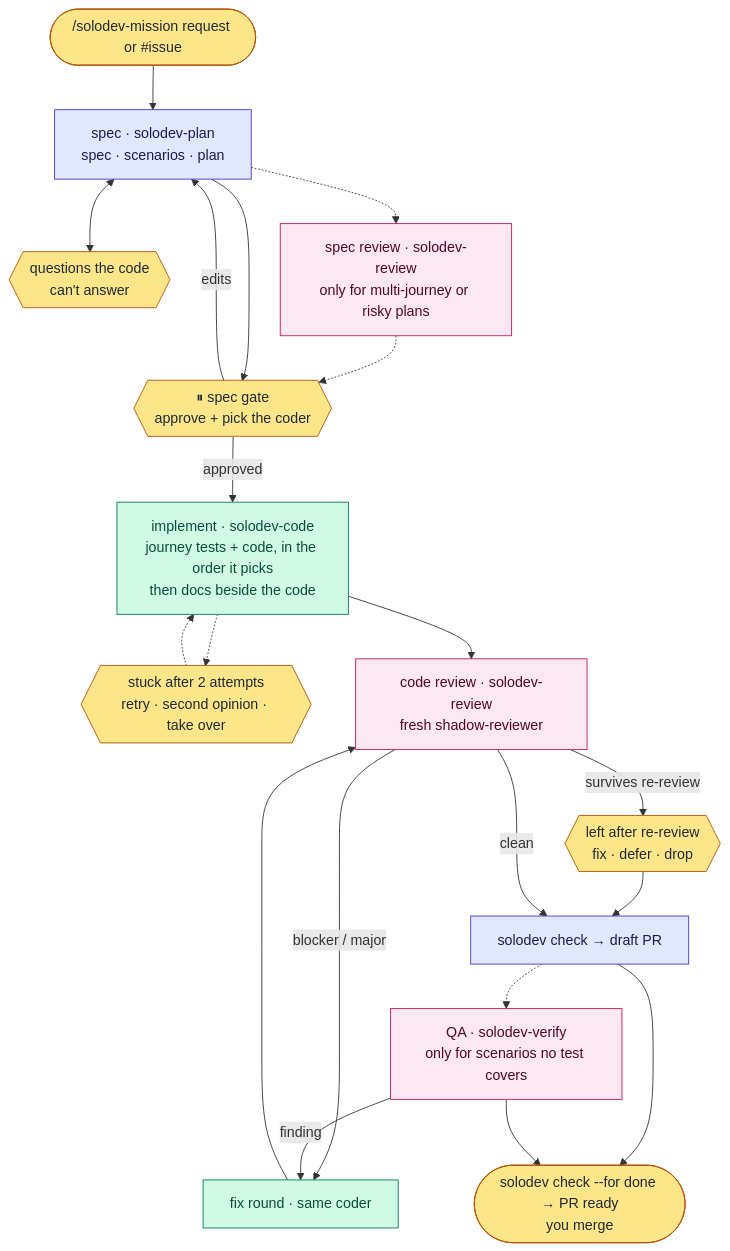
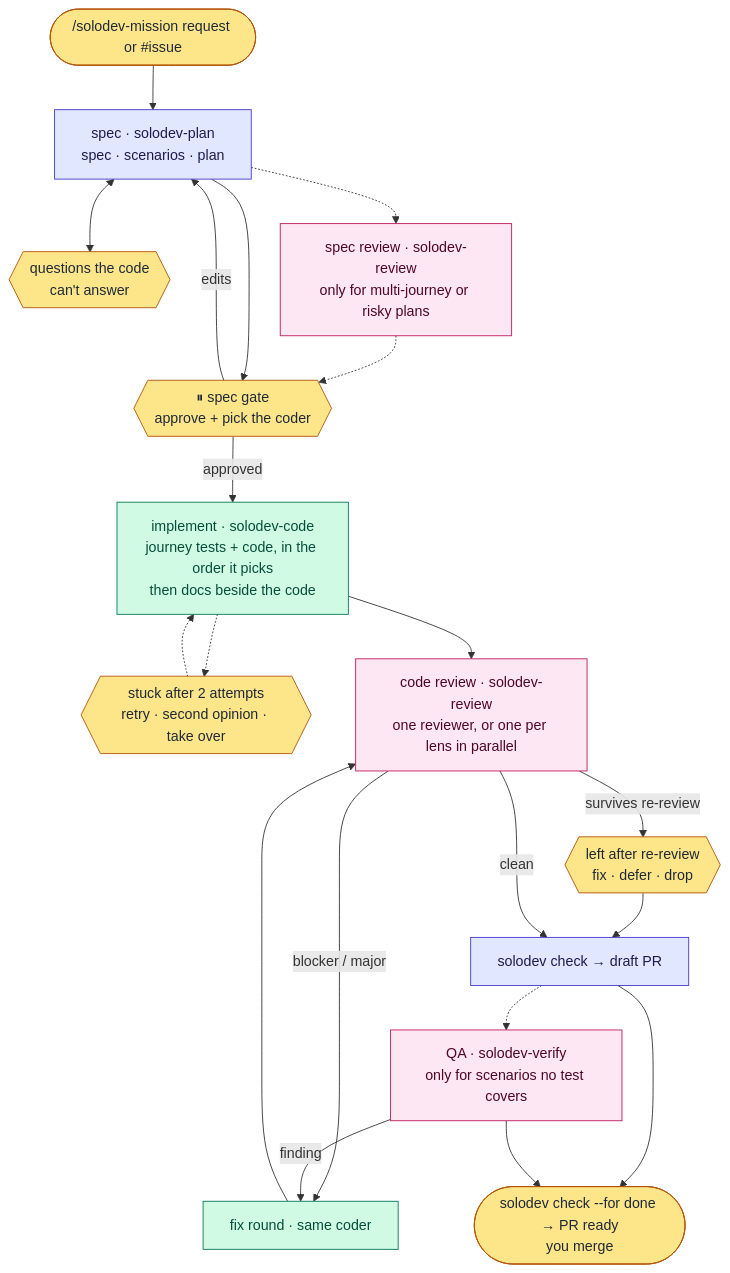
One commit to luisintosh/solodev changed the diagram in README.md. Above: the diagram before and after it, drawn with Mermaid. The commit also changed other lines of this file and 3 other files, not shown here.

First line of the commit message:
docs: describe review by lens in the README, add solodev-review evals

````diff
--- a/README.md
+++ b/README.md
@@ -133,37 +133,37 @@
 ```mermaid
 flowchart TD
   req(["/solodev-mission request or #issue"]):::human
   spec["spec · solodev-plan<br/>spec · scenarios · plan"]:::think
   ask{{"questions the code<br/>can't answer"}}:::human
   sreview["spec review · solodev-review<br/>only for multi-journey or risky plans"]:::review
   gate{{"⏸ spec gate<br/>approve + pick the coder"}}:::human
   impl["implement · solodev-code<br/>journey tests + code, in the order it picks<br/>then docs beside the code"]:::writer
   stuck{{"stuck after 2 attempts<br/>retry · second opinion · take over"}}:::human
-  review["code review · solodev-review<br/>fresh shadow-reviewer"]:::review
+  review["code review · solodev-review<br/>one reviewer, or one per lens in parallel"]:::review
   fix["fix round · same coder"]:::writer
   dispute{{"left after re-review<br/>fix · defer · drop"}}:::human
   pr["solodev check → draft PR"]:::think
   qa["QA · solodev-verify<br/>only for scenarios no test covers"]:::review
   done(["solodev check --for done → PR ready<br/>you merge"]):::human
 
   req --> spec
   spec <--> ask
   spec -.-> sreview -.-> gate
   spec --> gate
   gate -->|edits| spec
   gate -->|approved| impl
   impl -.-> stuck -.-> impl
   impl --> review
   review -->|blocker / major| fix --> review
   review -->|survives re-review| dispute --> pr
   review -->|clean| pr
   pr -.-> qa
   pr --> done
   qa -->|finding| fix
   qa --> done
 
   classDef human fill:#fde68a,stroke:#b45309,color:#1f2937
   classDef think fill:#e0e7ff,stroke:#4338ca,color:#1e1b4b
   classDef writer fill:#d1fae5,stroke:#047857,color:#064e3b
   classDef review fill:#fce7f3,stroke:#be185d,color:#500724
 ```
````
